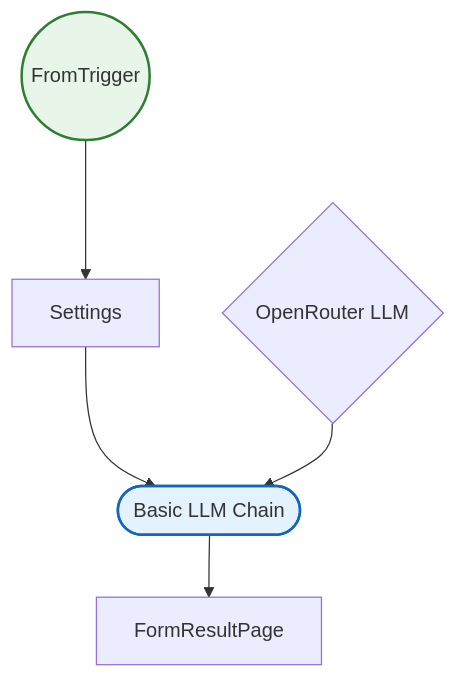
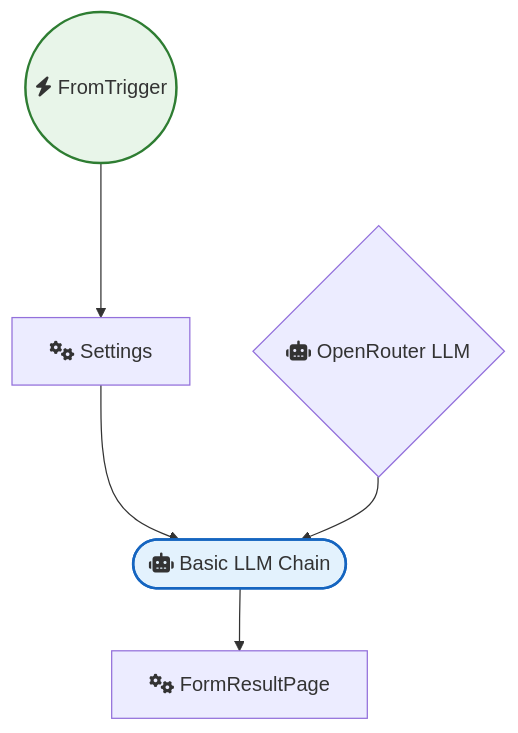
The diagram in PDF_and_Document_Processing/Image to License Plate Number.md (sreyash3105/N8N-DEMO-AUTOMATIONS), drawn with Mermaid before and after one commit. The commit also changed 291 other files, not shown here.

````diff
--- a/PDF_and_Document_Processing/Image to License Plate Number.md
+++ b/PDF_and_Document_Processing/Image to License Plate Number.md
@@ -1,17 +1,17 @@
 ```mermaid
 graph TD
     classDef trigger fill:#e8f5e9,stroke:#2e7d32,stroke-width:2px;
     classDef ai fill:#e3f2fd,stroke:#1565c0,stroke-width:2px;
     classDef logic fill:#fff3e0,stroke:#ef6c00,stroke-width:2px;
 
-    Basic_LLM_Chain(["Basic LLM Chain"]):::ai
-    FormResultPage["FormResultPage"]
-    OpenRouter_LLM{"OpenRouter LLM"}
-    Settings["Settings"]
-    FromTrigger(("FromTrigger")):::trigger
+    Basic_LLM_Chain(["fas:fa-robot Basic LLM Chain"]):::ai
+    FormResultPage["fas:fa-cogs FormResultPage"]
+    OpenRouter_LLM{"fas:fa-robot OpenRouter LLM"}
+    Settings["fas:fa-cogs Settings"]
+    FromTrigger(("fas:fa-bolt FromTrigger")):::trigger
 
     Settings --> Basic_LLM_Chain
     FromTrigger --> Settings
     OpenRouter_LLM --> Basic_LLM_Chain
     Basic_LLM_Chain --> FormResultPage
 ```
````
